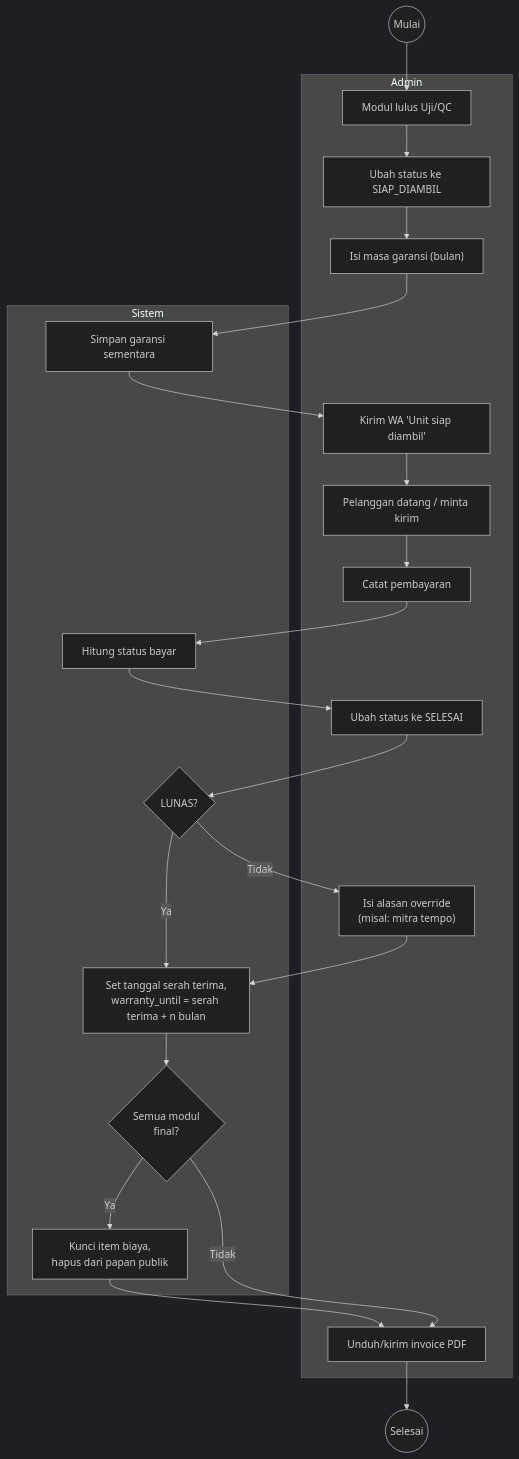
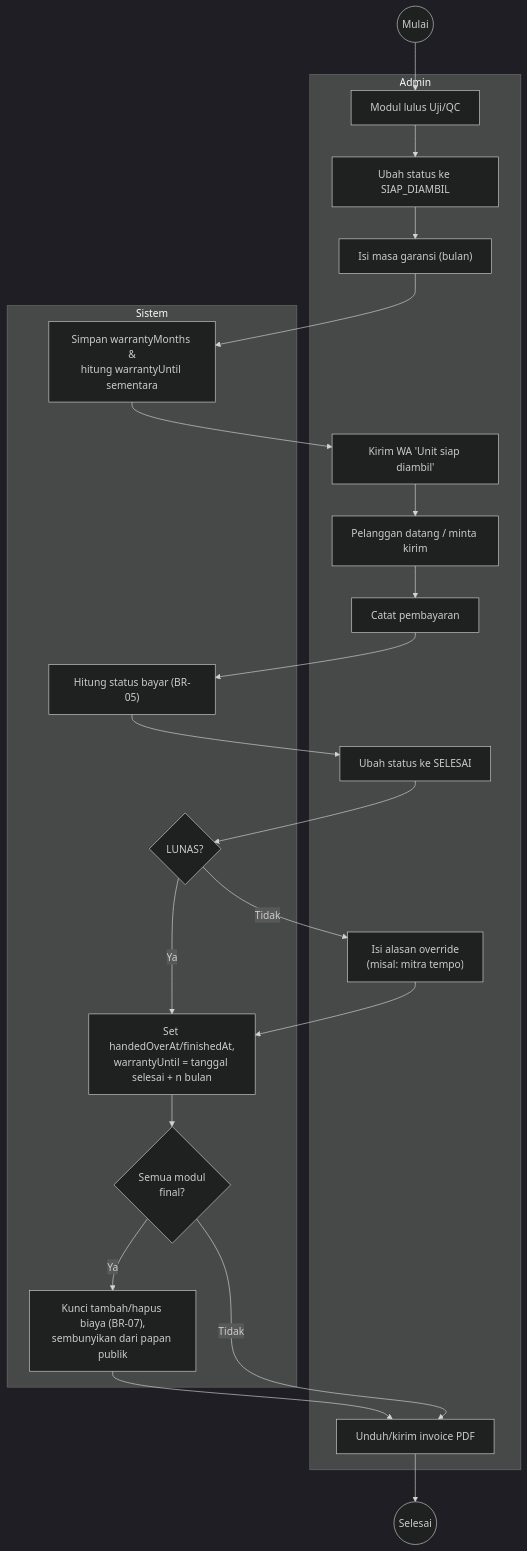
The fourth of 6 diagrams in docs/04-activity-diagram.md (feb027/Capstone_Multitech), drawn with Mermaid (dark theme) before and after one commit. The commit also changed other lines of this file and 13 other files, not shown here.

Commit message:
docs(capstone): sync specifications, add Mermaid architecture diagrams, UNSIL report materials, and comprehensive README

````diff
--- a/docs/04-activity-diagram.md
+++ b/docs/04-activity-diagram.md
@@ -106,28 +106,28 @@
 ```mermaid
 flowchart TD
     S((Mulai)) --> A1
     subgraph ADM["Admin"]
         A1["Modul lulus Uji/QC"] --> A2["Ubah status ke SIAP_DIAMBIL"]
         A3["Isi masa garansi (bulan)"]
         A4["Kirim WA 'Unit siap diambil'"]
         A5["Pelanggan datang / minta kirim"]
         A6["Catat pembayaran"]
         A7["Ubah status ke SELESAI"]
         A8["Isi alasan override<br/>(misal: mitra tempo)"]
         A9["Unduh/kirim invoice PDF"]
     end
     subgraph SYS["Sistem"]
-        S1["Simpan garansi sementara"]
-        S2["Hitung status bayar"]
+        S1["Simpan warrantyMonths &<br/>hitung warrantyUntil sementara"]
+        S2["Hitung status bayar (BR-05)"]
         S3{"LUNAS?"}
-        S4["Set tanggal serah terima,<br/>warranty_until = serah terima + n bulan"]
+        S4["Set handedOverAt/finishedAt,<br/>warrantyUntil = tanggal selesai + n bulan"]
         S5{"Semua modul<br/>final?"}
-        S6["Kunci item biaya,<br/>hapus dari papan publik"]
+        S6["Kunci tambah/hapus biaya (BR-07),<br/>sembunyikan dari papan publik"]
     end
     A2 --> A3 --> S1 --> A4 --> A5 --> A6 --> S2 --> A7 --> S3
     S3 -- Ya --> S4
     S3 -- Tidak --> A8 --> S4
     S4 --> S5
     S5 -- Ya --> S6 --> A9 --> E((Selesai))
     S5 -- Tidak --> A9
 ```
````
